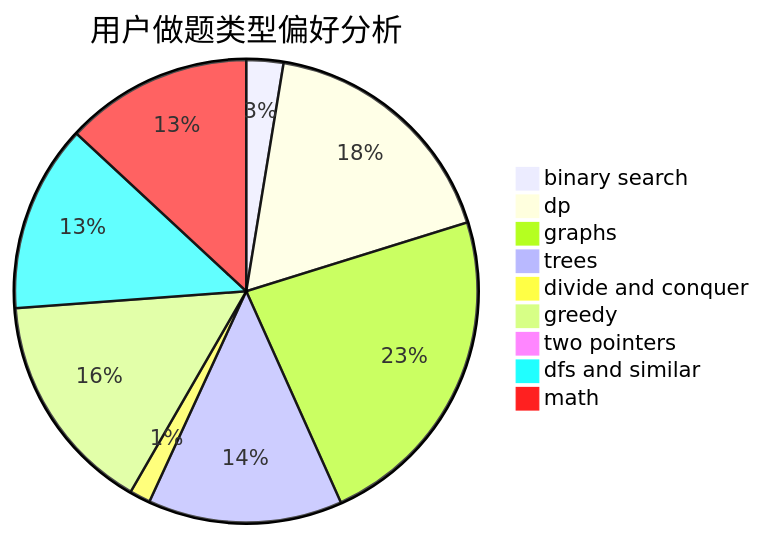
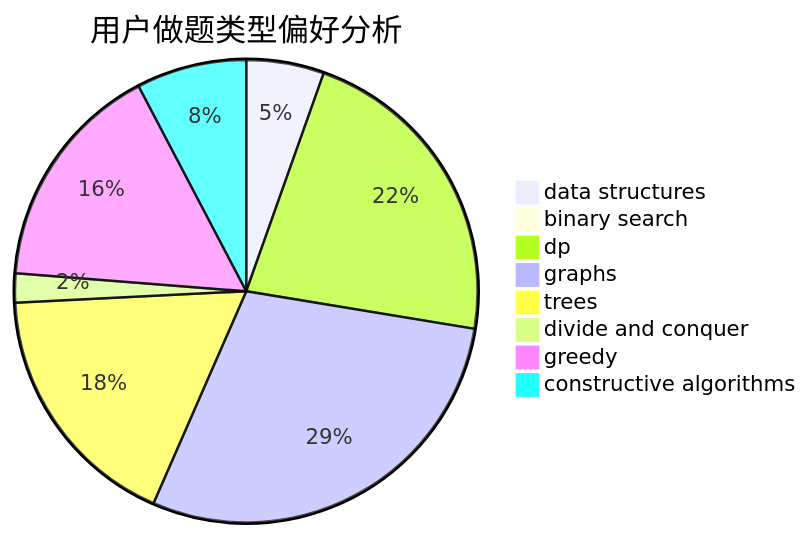
One commit to sherpahu/cfrs.github.io changed the second of 3 diagrams in docs/user/u948.md. Above: the diagram before and after it, drawn with Mermaid. The commit also changed other lines of this file and 2775 other files, not shown here.

````diff
--- a/docs/user/u948.md
+++ b/docs/user/u948.md
@@ -23,12 +23,11 @@
 ```mermaid
 pie title 用户做题类型偏好分析
-    "binary search" :  16
-    "dp" :  109
-    "graphs" :  143
-    "trees" :  84
+    "data structures" :  24
+    "binary search" :  0
+    "dp" :  98
+    "graphs" :  128
+    "trees" :  78
     "divide and conquer" :  9
-    "greedy" :  96
-    "two pointers" :  0
-    "dfs and similar" :  81
-    "math" :  81
+    "greedy" :  71
+    "constructive algorithms" :  34
 ```
````
